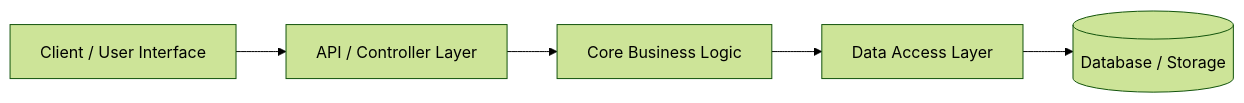
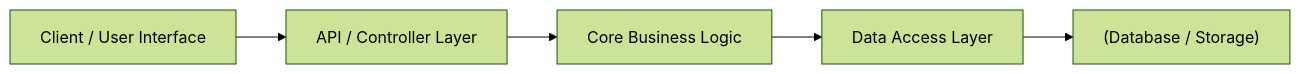
Before and after one commit to LeoAtalla/SEG4105-LAB-8: the diagram in docs/ARCHITECTURE.md, drawn with Mermaid (forest theme). The commit also changed other lines of this file, not shown here.

````diff
--- a/docs/ARCHITECTURE.md
+++ b/docs/ARCHITECTURE.md
@@ -8,7 +9,7 @@
 ```mermaid
 flowchart LR
-   Client[Client / User Interface] --> Controller[API / Controller Layer] 
-   Controller --> Service[Core Business Logic]
-   Service --> Repository[Data Access Layer]
-   Repository --> DB[(Database / Storage)] 
+   Client["Client / User Interface"] --> Controller["API / Controller Layer"] 
+   Controller --> Service["Core Business Logic"]
+   Service --> Repository["Data Access Layer"]
+   Repository --> DB["(Database / Storage)"] 
 ```
````
